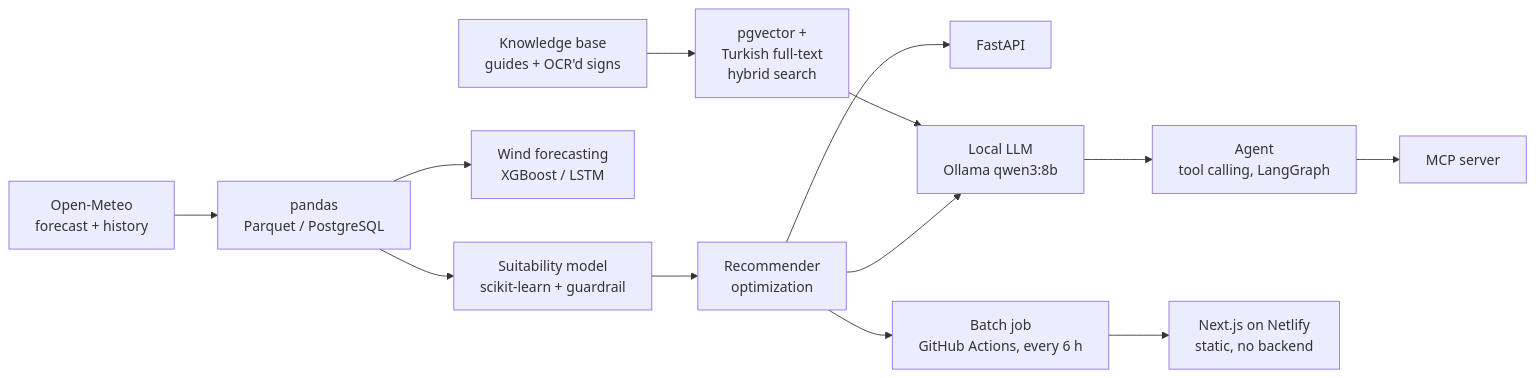
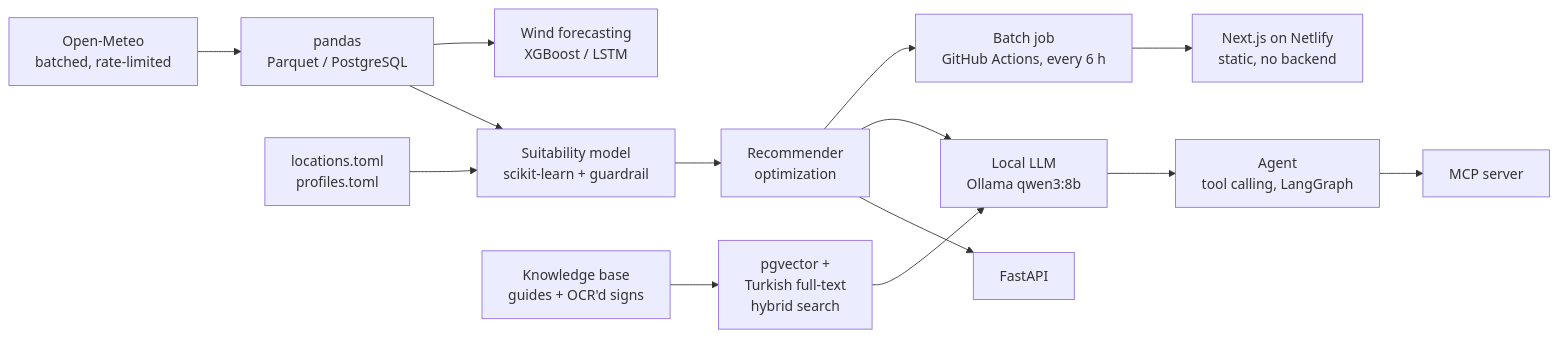
One commit to boraozisik/spotcast changed the diagram in README.md. Above: the diagram before and after it, drawn with Mermaid. The commit also changed other lines of this file and 28 other files, not shown here.

````diff
--- a/README.md
+++ b/README.md
@@ -37,15 +49,16 @@
 ```mermaid
 flowchart LR
-    OM[Open-Meteo<br/>forecast + history] --> DATA[pandas<br/>Parquet / PostgreSQL]
+    OM[Open-Meteo<br/>batched, rate-limited] --> DATA[pandas<br/>Parquet / PostgreSQL]
+    CAT[locations.toml<br/>profiles.toml] --> CLS
     DATA --> CLS[Suitability model<br/>scikit-learn + guardrail]
     DATA --> FC[Wind forecasting<br/>XGBoost / LSTM]
     CLS --> REC[Recommender<br/>optimization]
     REC --> API[FastAPI]
     KB[Knowledge base<br/>guides + OCR'd signs] --> RAG[pgvector +<br/>Turkish full-text<br/>hybrid search]
     RAG --> LLM[Local LLM<br/>Ollama qwen3:8b]
     REC --> LLM
     LLM --> AG[Agent<br/>tool calling, LangGraph]
     AG --> MCP[MCP server]
     REC --> PUB[Batch job<br/>GitHub Actions, every 6 h]
     PUB --> SITE[Next.js on Netlify<br/>static, no backend]
 ```
````
